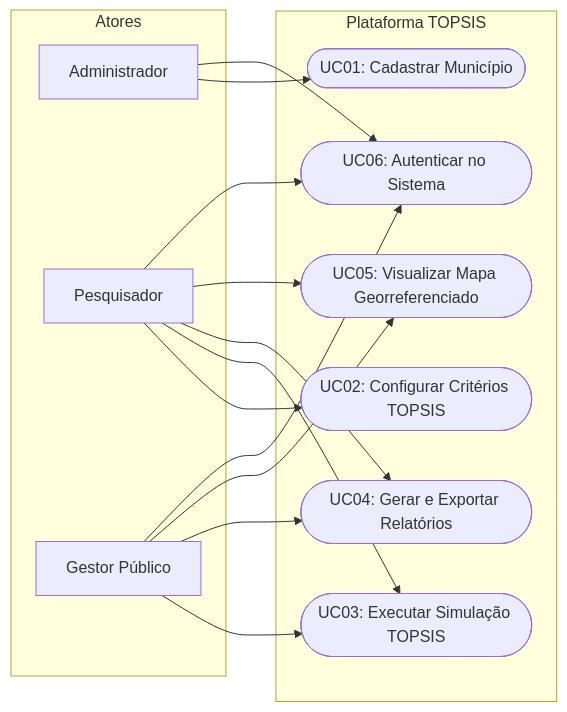
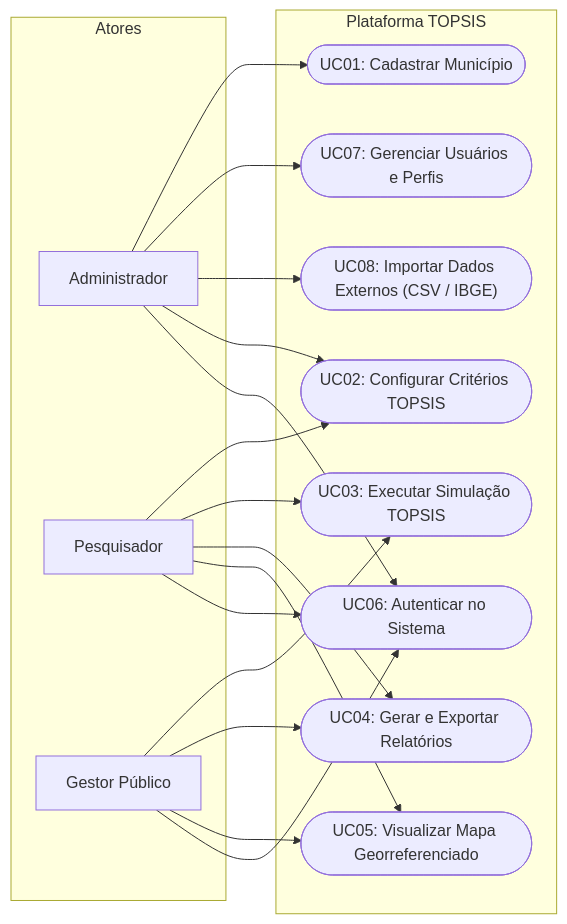
One commit to ironJohnsson/Restoraveis2 changed the first of 6 diagrams in docs/uml/diagramas_uml_completos.md. Above: the diagram before and after it, drawn with Mermaid. The commit also changed other lines of this file and 18 other files, not shown here.

````diff
--- a/docs/uml/diagramas_uml_completos.md
+++ b/docs/uml/diagramas_uml_completos.md
@@ -9,29 +9,34 @@
 ```mermaid
 flowchart LR
     subgraph Atores
         Admin["Administrador"]
         Pesq["Pesquisador"]
         Gestor["Gestor Público"]
     end
 
     subgraph Plataforma TOPSIS
         UC01(["UC01: Cadastrar Município"])
         UC02(["UC02: Configurar Critérios TOPSIS"])
         UC03(["UC03: Executar Simulação TOPSIS"])
         UC04(["UC04: Gerar e Exportar Relatórios"])
         UC05(["UC05: Visualizar Mapa Georreferenciado"])
         UC06(["UC06: Autenticar no Sistema"])
+        UC07(["UC07: Gerenciar Usuários e Perfis"])
+        UC08(["UC08: Importar Dados Externos (CSV / IBGE)"])
     end
 
     Admin --> UC01
-    Admin --> UC06
+    Admin --> UC07
+    Admin --> UC08
+    Admin --> UC02
     Pesq --> UC02
     Pesq --> UC03
-    Pesq --> UC04
-    Pesq --> UC05
-    Pesq --> UC06
     Gestor --> UC03
     Gestor --> UC04
     Gestor --> UC05
+    Pesq --> UC04
+    Pesq --> UC05
+    Admin --> UC06
+    Pesq --> UC06
     Gestor --> UC06
 ```
````
